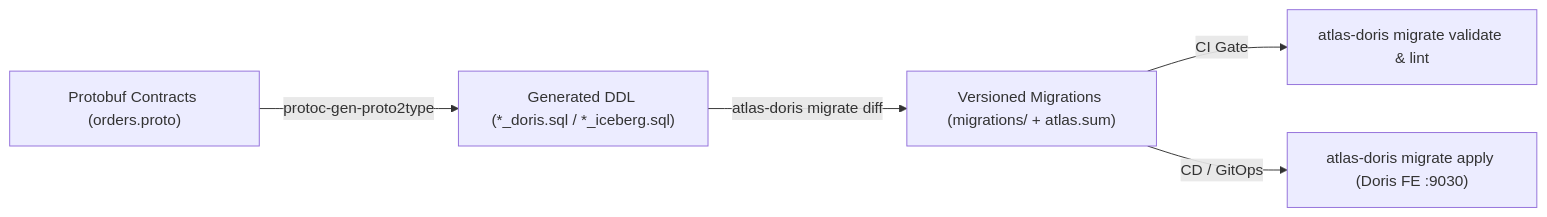
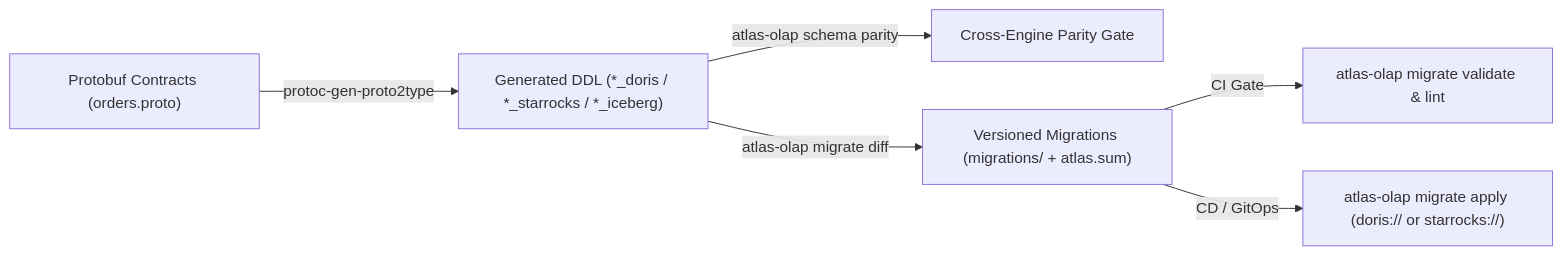
One commit to protocgen/atlas-doris changed the diagram in README.md. Above: the diagram before and after it, drawn with Mermaid. The commit also changed other lines of this file and 10 other files, not shown here.

````diff
--- a/README.md
+++ b/README.md
@@ -27,7 +36,8 @@
 ```mermaid
 flowchart LR
-    P["Protobuf Contracts (orders.proto)"] -->|protoc-gen-proto2type| DDL["Generated DDL (*_doris.sql / *_iceberg.sql)"]
-    DDL -->|atlas-doris migrate diff| CHAIN["Versioned Migrations (migrations/ + atlas.sum)"]
-    CHAIN -->|CI Gate| LINT["atlas-doris migrate validate & lint"]
-    CHAIN -->|CD / GitOps| EXEC["atlas-doris migrate apply (Doris FE :9030)"]
+    P["Protobuf Contracts (orders.proto)"] -->|protoc-gen-proto2type| DDL["Generated DDL (*_doris / *_starrocks / *_iceberg)"]
+    DDL -->|atlas-olap schema parity| PARITY["Cross-Engine Parity Gate"]
+    DDL -->|atlas-olap migrate diff| CHAIN["Versioned Migrations (migrations/ + atlas.sum)"]
+    CHAIN -->|CI Gate| LINT["atlas-olap migrate validate & lint"]
+    CHAIN -->|CD / GitOps| EXEC["atlas-olap migrate apply (doris:// or starrocks://)"]
 ```
````
